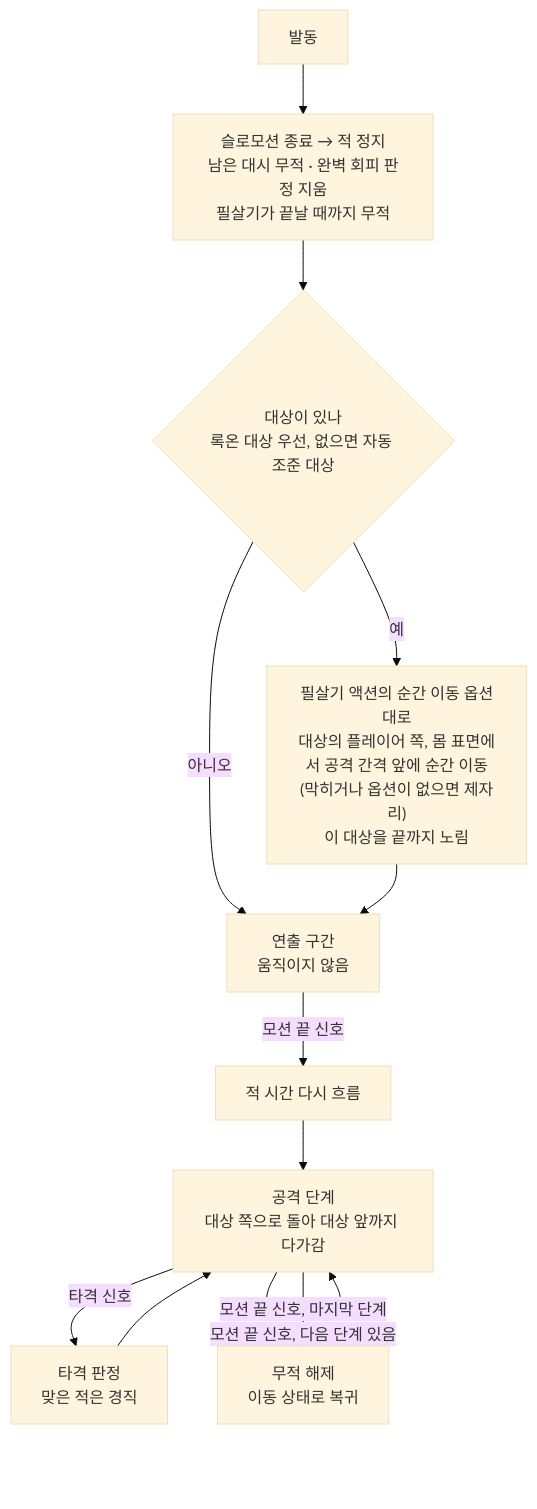
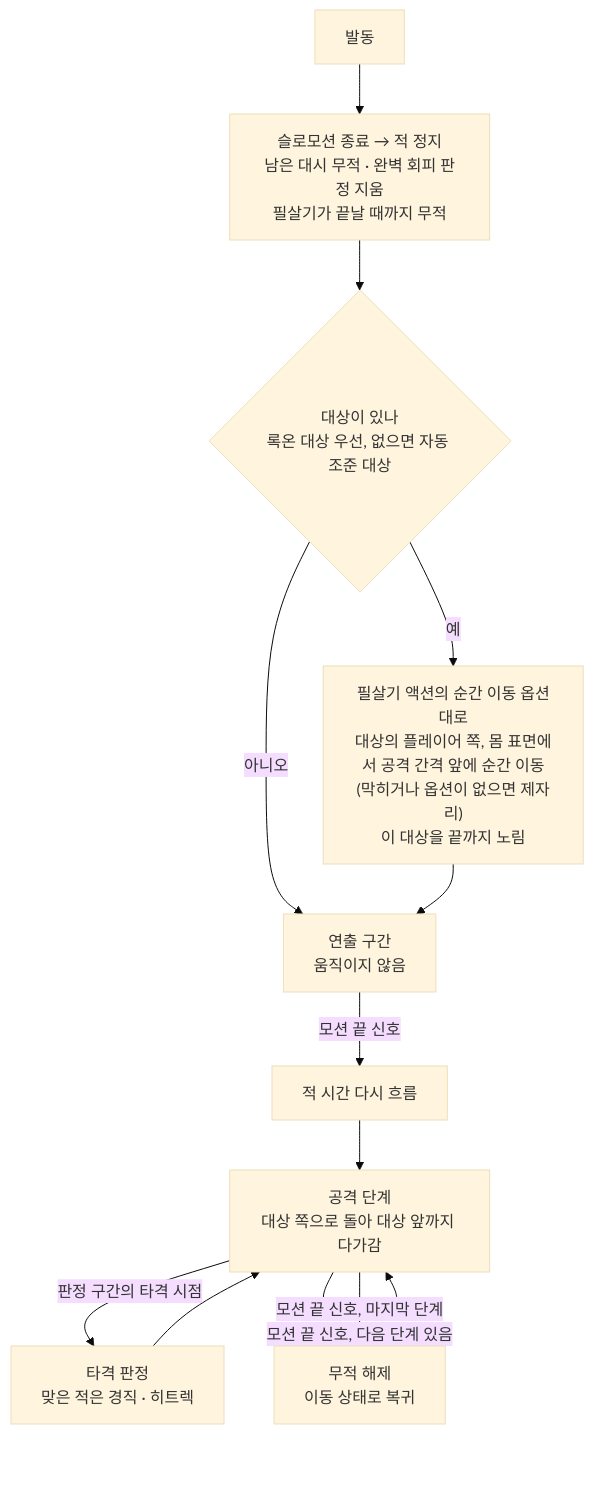
The second of 3 diagrams in Docs/Technical/Player/PlayerUltimate.md (SquashPrince/Develrocket_mp15_HHH), drawn with Mermaid (base theme) before and after one commit. The commit also changed other lines of this file and 5 other files, not shown here.

````diff
--- a/Docs/Technical/Player/PlayerUltimate.md
+++ b/Docs/Technical/Player/PlayerUltimate.md
@@ -50,14 +50,14 @@
 ```mermaid
 flowchart TD
     S["발동"] --> E["슬로모션 종료 → 적 정지<br>남은 대시 무적 · 완벽 회피 판정 지움<br>필살기가 끝날 때까지 무적"]
     E --> T{"대상이 있나<br>록온 대상 우선, 없으면 자동 조준 대상"}
     T -->|"예"| M["필살기 액션의 순간 이동 옵션대로<br>대상의 플레이어 쪽, 몸 표면에서 공격 간격 앞에 순간 이동<br>(막히거나 옵션이 없으면 제자리)<br>이 대상을 끝까지 노림"]
     T -->|"아니오"| C
     M --> C["연출 구간<br>움직이지 않음"]
     C -->|"모션 끝 신호"| R["적 시간 다시 흐름"]
     R --> A["공격 단계<br>대상 쪽으로 돌아 대상 앞까지 다가감"]
-    A -->|"타격 신호"| H["타격 판정<br>맞은 적은 경직"]
+    A -->|"판정 구간의 타격 시점"| H["타격 판정<br>맞은 적은 경직 · 히트렉"]
     H --> A
     A -->|"모션 끝 신호, 다음 단계 있음"| A
     A -->|"모션 끝 신호, 마지막 단계"| L["무적 해제<br>이동 상태로 복귀"]
 ```
````
